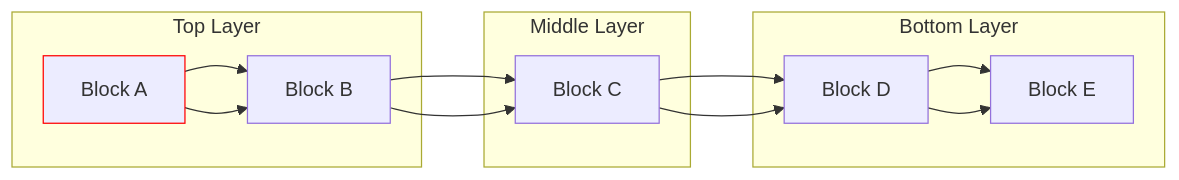
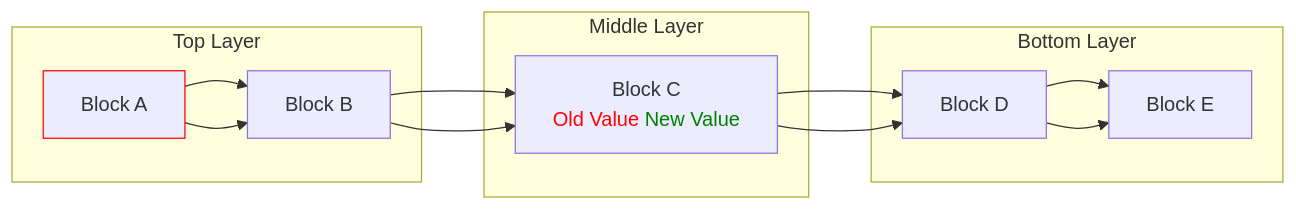
Before and after one commit to TimRoos98/rendering: the diagram in README.md, drawn with Mermaid.

````diff
--- a/README.md
+++ b/README.md
@@ -1,22 +1,22 @@
 ```mermaid
 graph LR
     A[Block A] --> B[Block B]
-    B --> C[Block C]
+    B --> C[Block C
+    <span style='color: red;'>Old Value</span> <span style='color: green;'>New Value</span>]
     C --> D[Block D]
     D --> E[Block E]
     subgraph Top Layer
         A --> B
     end
     subgraph Middle Layer
         B --> C
     end
     subgraph Bottom Layer
         C --> D
         D --> E
     end
     A:::DELETED
 classDef DELETED stroke:#f00
 classDef NEW stroke:#0f0
 classDef UPDATED stroke:#00f
-
 ```
````
